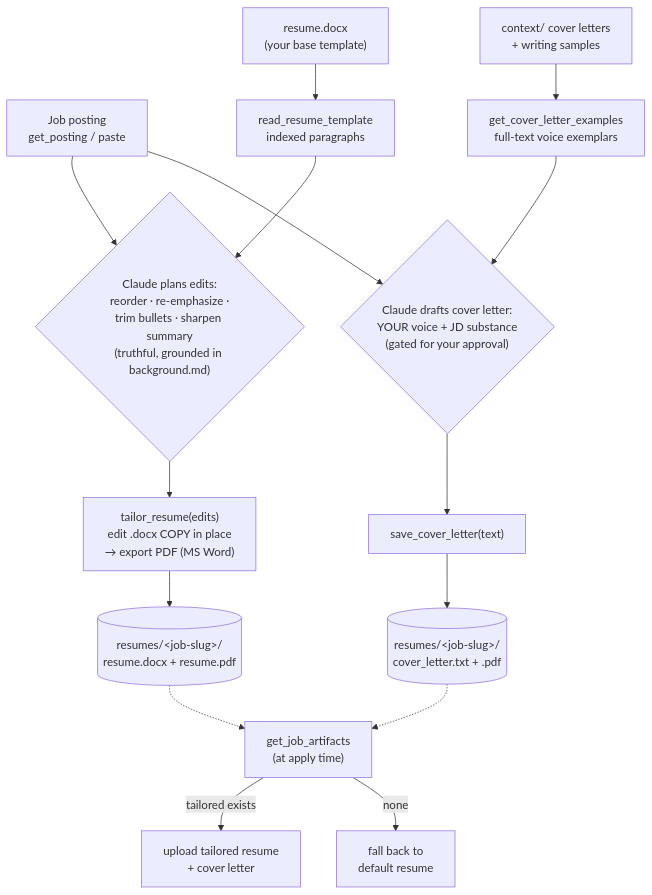
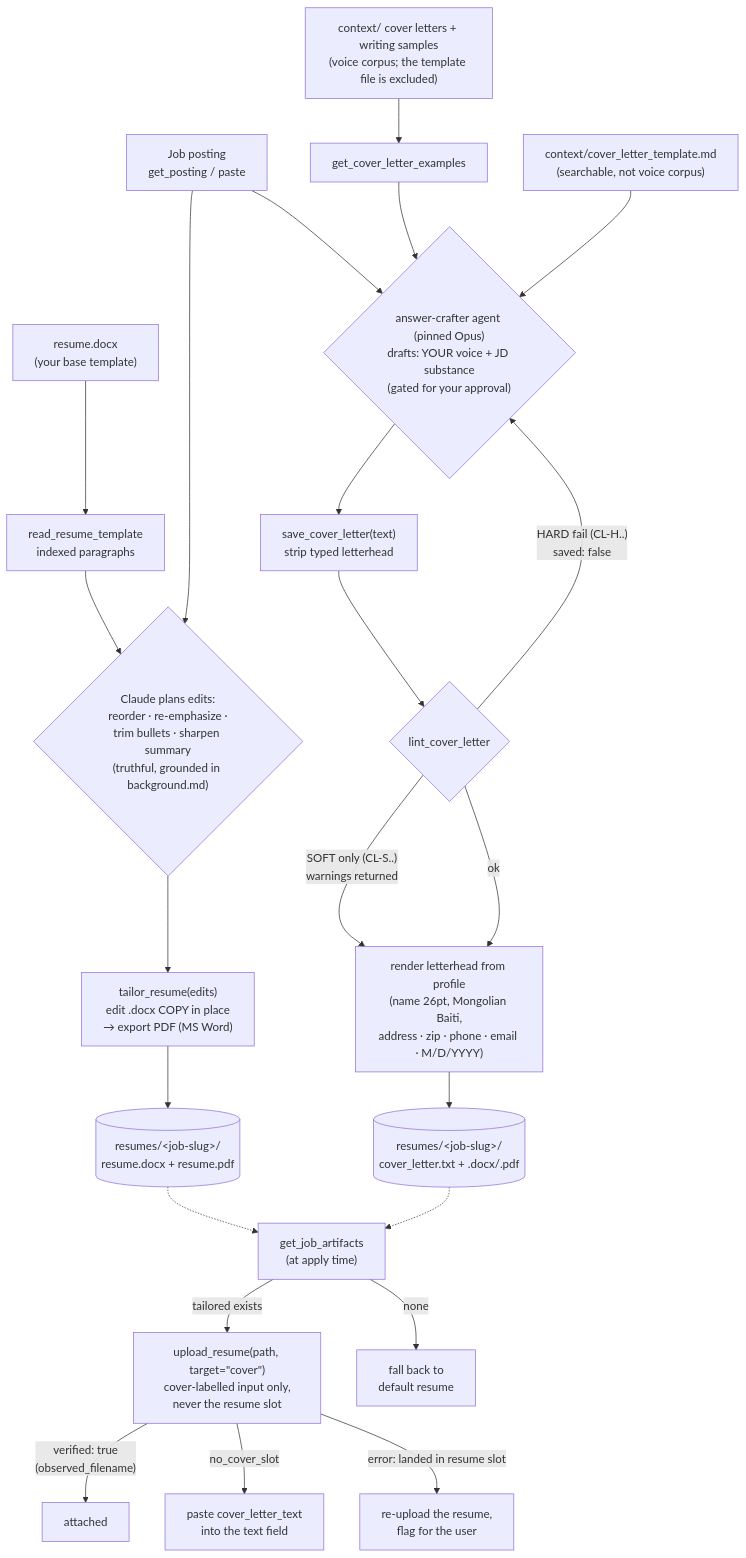
The eighth of 14 diagrams in README.md (sbhaskaran0/job-applier), drawn with Mermaid before and after one commit. The commit also changed other lines of this file and 3 other files, not shown here.

````diff
--- a/README.md
+++ b/README.md
@@ -329,19 +378,27 @@
 ```mermaid
 flowchart TD
     JD["Job posting<br/>get_posting / paste"] --> PLAN
     DOCX["resume.docx<br/>(your base template)"] --> RT["read_resume_template<br/>indexed paragraphs"]
     RT --> PLAN{"Claude plans edits:<br/>reorder · re-emphasize ·<br/>trim bullets · sharpen summary<br/>(truthful, grounded in background.md)"}
     PLAN --> TR["tailor_resume(edits)<br/>edit .docx COPY in place<br/>→ export PDF (MS Word)"]
     TR --> STORE[("resumes/&lt;job-slug&gt;/<br/>resume.docx + resume.pdf")]
 
-    EX["context/ cover letters<br/>+ writing samples"] --> GCE["get_cover_letter_examples<br/>full-text voice exemplars"]
-    GCE --> DRAFT{"Claude drafts cover letter:<br/>YOUR voice + JD substance<br/>(gated for your approval)"}
-    JD --> DRAFT
-    DRAFT --> SCL["save_cover_letter(text)"]
-    SCL --> STORE2[("resumes/&lt;job-slug&gt;/<br/>cover_letter.txt + .pdf")]
+    EX["context/ cover letters + writing samples<br/>(voice corpus; the template file is excluded)"] --> GCE["get_cover_letter_examples"]
+    TPL["context/cover_letter_template.md<br/>(searchable, not voice corpus)"] --> AC
+    GCE --> AC{"answer-crafter agent (pinned Opus)<br/>drafts: YOUR voice + JD substance<br/>(gated for your approval)"}
+    JD --> AC
+    AC --> SCL["save_cover_letter(text)<br/>strip typed letterhead"]
+    SCL --> LINT{"lint_cover_letter"}
+    LINT -- "HARD fail (CL-H..)<br/>saved: false" --> AC
+    LINT -- "SOFT only (CL-S..)<br/>warnings returned" --> LH["render letterhead from profile<br/>(name 26pt, Mongolian Baiti,<br/>address · zip · phone · email · M/D/YYYY)"]
+    LINT -- "ok" --> LH
+    LH --> STORE2[("resumes/&lt;job-slug&gt;/<br/>cover_letter.txt + .docx/.pdf")]
 
     STORE -.-> GJA["get_job_artifacts<br/>(at apply time)"]
     STORE2 -.-> GJA
-    GJA -->|"tailored exists"| USE["upload tailored resume<br/>+ cover letter"]
+    GJA -->|"tailored exists"| UP["upload_resume(path, target=&quot;cover&quot;)<br/>cover-labelled input only,<br/>never the resume slot"]
     GJA -->|"none"| DEF["fall back to<br/>default resume"]
+    UP -->|"verified: true<br/>(observed_filename)"| OK["attached"]
+    UP -->|"no_cover_slot"| PASTE["paste cover_letter_text<br/>into the text field"]
+    UP -->|"error: landed in resume slot"| FIX["re-upload the resume,<br/>flag for the user"]
 ```
````
